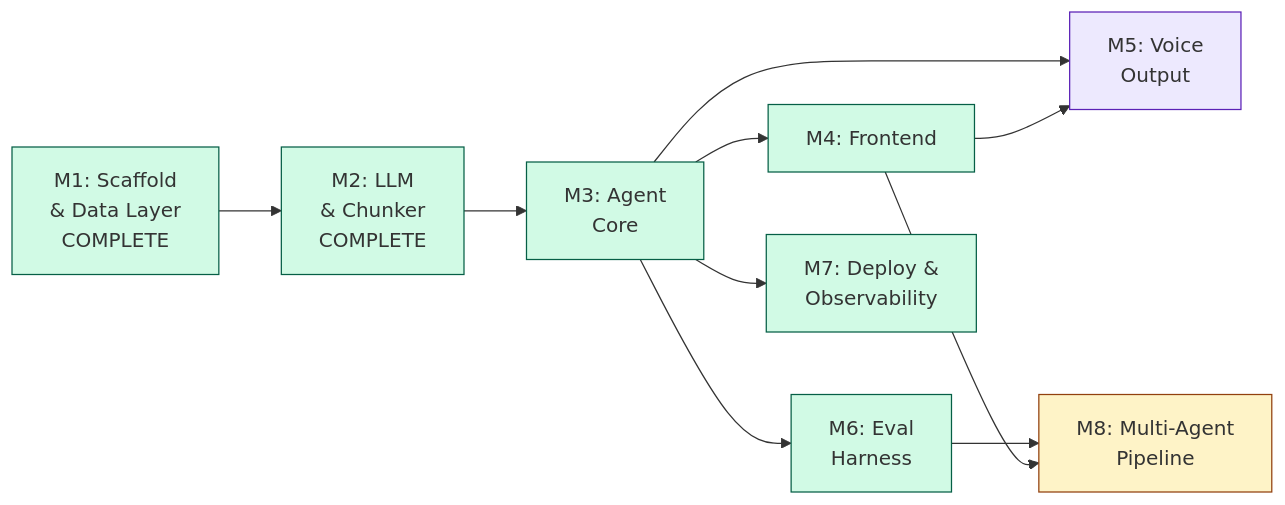
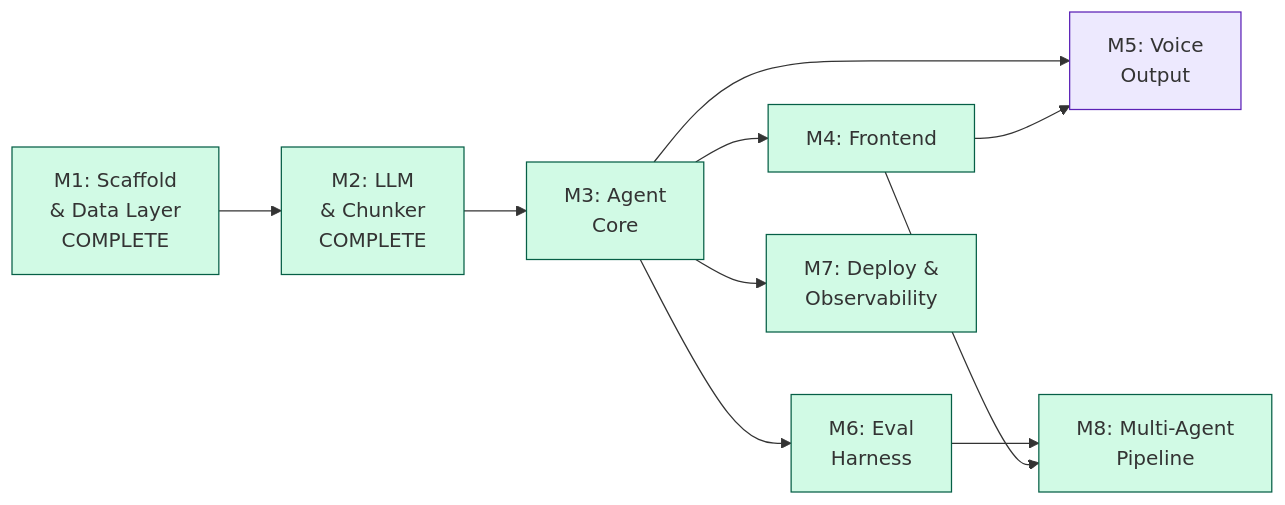
One commit to darth-dodo/voxpopuli changed the third of 3 diagrams in architecture.md. Above: the diagram before and after it, drawn with Mermaid. The commit also changed other lines of this file and 59 other files, not shown here.

````diff
--- a/architecture.md
+++ b/architecture.md
@@ -1031,21 +1031,21 @@
 ```mermaid
 graph LR
     M1["M1: Scaffold<br/>& Data Layer<br/>COMPLETE"] --> M2["M2: LLM<br/>& Chunker<br/>COMPLETE"]
     M2 --> M3["M3: Agent<br/>Core"]
     M3 --> M4["M4: Frontend"]
     M3 --> M5["M5: Voice<br/>Output"]
     M3 --> M6["M6: Eval<br/>Harness"]
     M4 --> M5
     M3 --> M7["M7: Deploy &<br/>Observability"]
     M6 --> M8["M8: Multi-Agent<br/>Pipeline"]
     M4 --> M8
 
     style M1 fill:#d1fae5,stroke:#065f46
     style M2 fill:#d1fae5,stroke:#065f46
     style M3 fill:#d1fae5,stroke:#065f46
     style M4 fill:#d1fae5,stroke:#065f46
     style M5 fill:#ede9fe,stroke:#5b21b6
     style M6 fill:#d1fae5,stroke:#065f46
     style M7 fill:#d1fae5,stroke:#065f46
-    style M8 fill:#fef3c7,stroke:#92400e
+    style M8 fill:#d1fae5,stroke:#065f46
 ```
````
